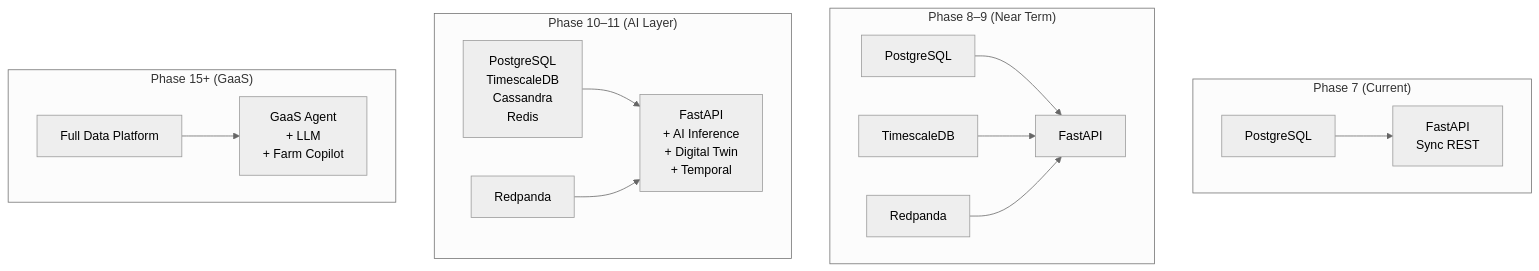
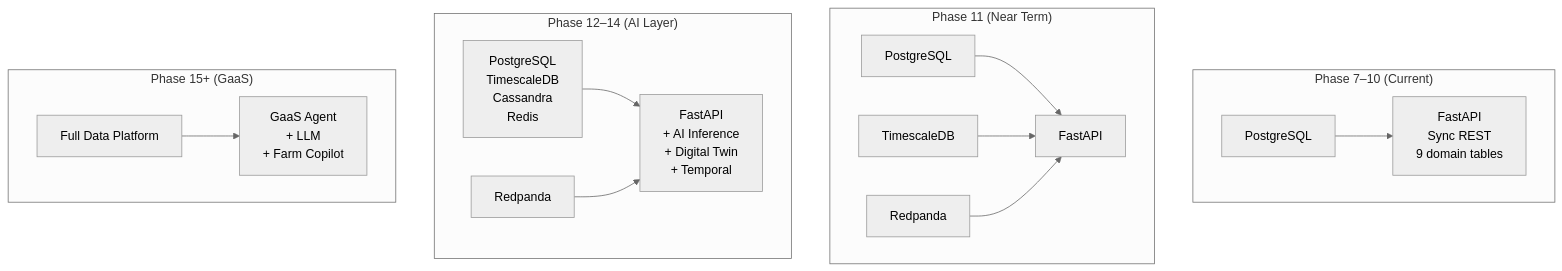
One commit to santoshnarayanan/AGRIFLOW-AI changed diagram 12 of 12 in docs/08-phase-architecture-handbook.md. Above: the diagram before and after it, drawn with Mermaid (neutral theme). The commit also changed other lines of this file and 1 other file, not shown here.

Commit message:
Phase 10 - docs: documents updated

````diff
--- a/docs/08-phase-architecture-handbook.md
+++ b/docs/08-phase-architecture-handbook.md
@@ -1980,21 +2259,21 @@
 ```mermaid
 graph TB
-    subgraph "Phase 7 (Current)"
-        P[PostgreSQL] --> App7["FastAPI\nSync REST"]
+    subgraph "Phase 7–10 (Current)"
+        P[PostgreSQL] --> App710["FastAPI\nSync REST\n9 domain tables"]
     end
 
-    subgraph "Phase 8–9 (Near Term)"
-        P2[PostgreSQL] --> App89["FastAPI"]
-        TS[TimescaleDB] --> App89
-        RP[Redpanda] --> App89
+    subgraph "Phase 11 (Near Term)"
+        P2[PostgreSQL] --> App11["FastAPI"]
+        TS[TimescaleDB] --> App11
+        RP[Redpanda] --> App11
     end
 
-    subgraph "Phase 10–11 (AI Layer)"
-        All["PostgreSQL\nTimescaleDB\nCassandra\nRedis"] --> App1011["FastAPI\n+ AI Inference\n+ Digital Twin\n+ Temporal"]
-        RP2[Redpanda] --> App1011
+    subgraph "Phase 12–14 (AI Layer)"
+        All["PostgreSQL\nTimescaleDB\nCassandra\nRedis"] --> App1214["FastAPI\n+ AI Inference\n+ Digital Twin\n+ Temporal"]
+        RP2[Redpanda] --> App1214
     end
 
     subgraph "Phase 15+ (GaaS)"
         Full["Full Data Platform"] --> GaaS2["GaaS Agent\n+ LLM\n+ Farm Copilot"]
     end
 ```
````
